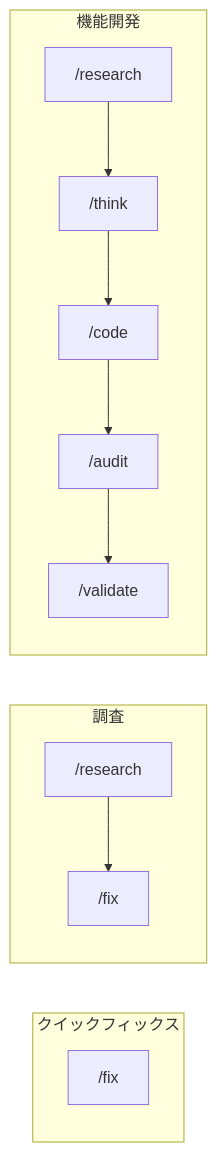
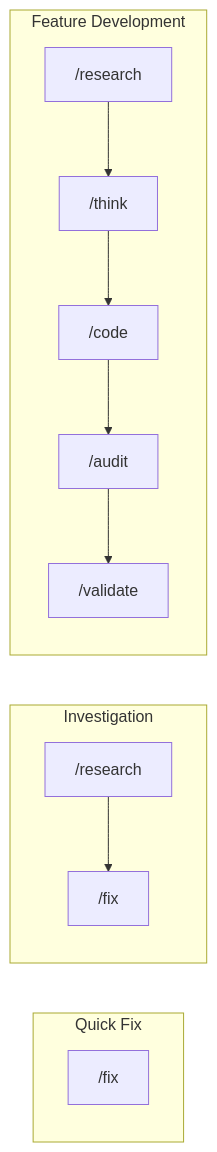
The second of 2 diagrams in .ja/docs/DESIGN.md (thkt/dotclaude), drawn with Mermaid before and after one commit. The commit also changed other lines of this file and 380 other files, not shown here.

````diff
--- a/.ja/docs/DESIGN.md
+++ b/.ja/docs/DESIGN.md
@@ -145,12 +145,12 @@
 ```mermaid
 flowchart LR
-    subgraph Quick["クイックフィックス"]
+    subgraph Quick["Quick Fix"]
         F["/fix"]
     end
-    subgraph Investigate["調査"]
+    subgraph Investigate["Investigation"]
         R1["/research"] --> F2["/fix"]
     end
-    subgraph Feature["機能開発"]
+    subgraph Feature["Feature Development"]
         R2["/research"] --> T["/think"] --> C["/code"] --> A["/audit"] --> V["/validate"]
     end
 ```
````
